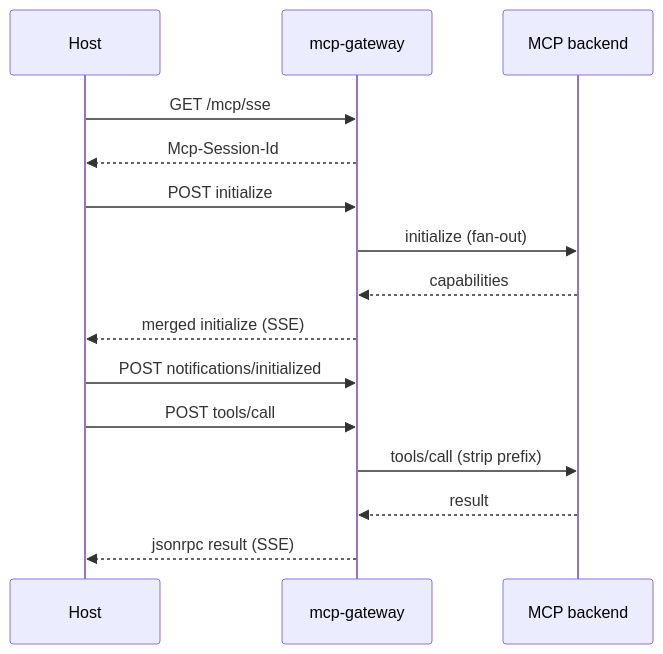
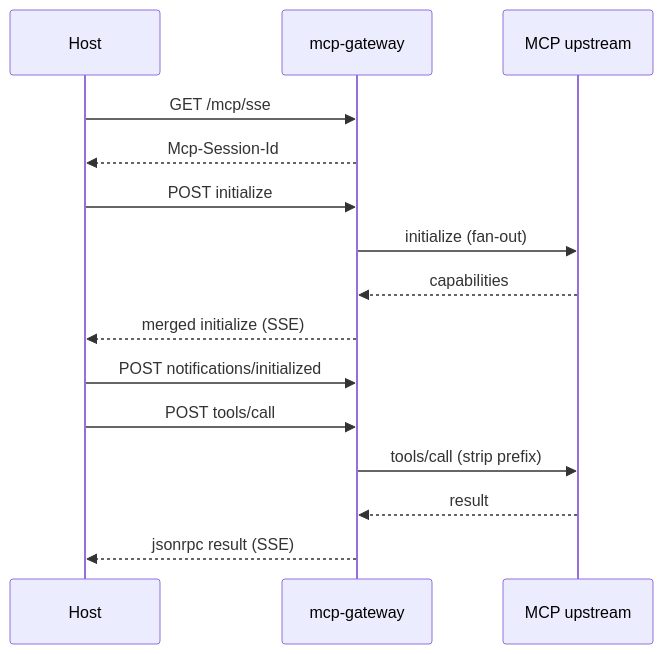
Before and after one commit to KarmaXP/mcp-gateway: the sixth of 7 diagrams in docs/architecture/mcp_gateway.plan.md, drawn with Mermaid. The commit also changed other lines of this file and 61 other files, not shown here.

````diff
--- a/docs/architecture/mcp_gateway.plan.md
+++ b/docs/architecture/mcp_gateway.plan.md
@@ -976,17 +975,17 @@
 ```mermaid
 sequenceDiagram
  participant Host
  participant GW as mcp-gateway
- participant BE as MCP backend
+ participant BE as MCP upstream
  Host->>GW: GET /mcp/sse
  GW-->>Host: Mcp-Session-Id
  Host->>GW: POST initialize
  GW->>BE: initialize (fan-out)
  BE-->>GW: capabilities
  GW-->>Host: merged initialize (SSE)
  Host->>GW: POST notifications/initialized
  Host->>GW: POST tools/call
  GW->>BE: tools/call (strip prefix)
  BE-->>GW: result
  GW-->>Host: jsonrpc result (SSE)
 ```
````
